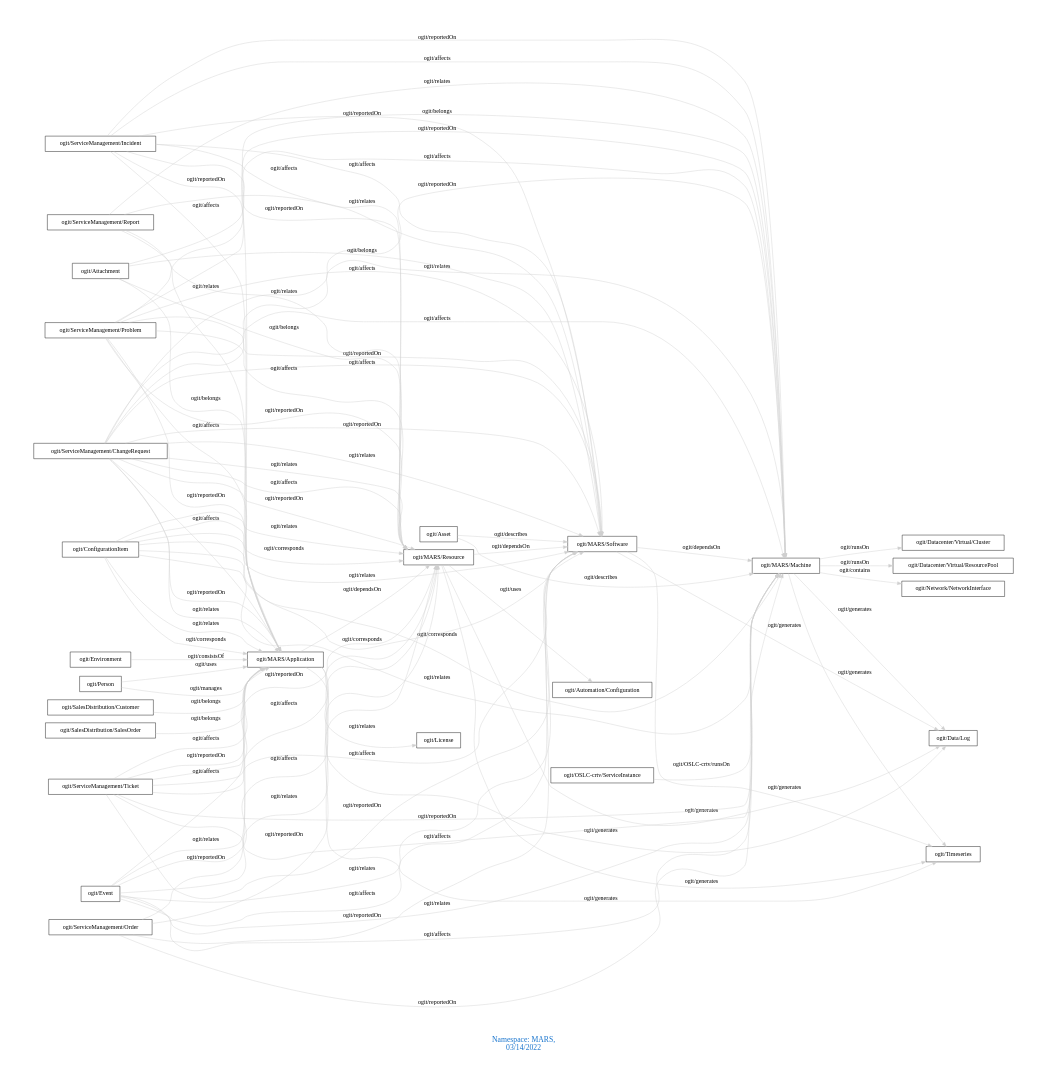
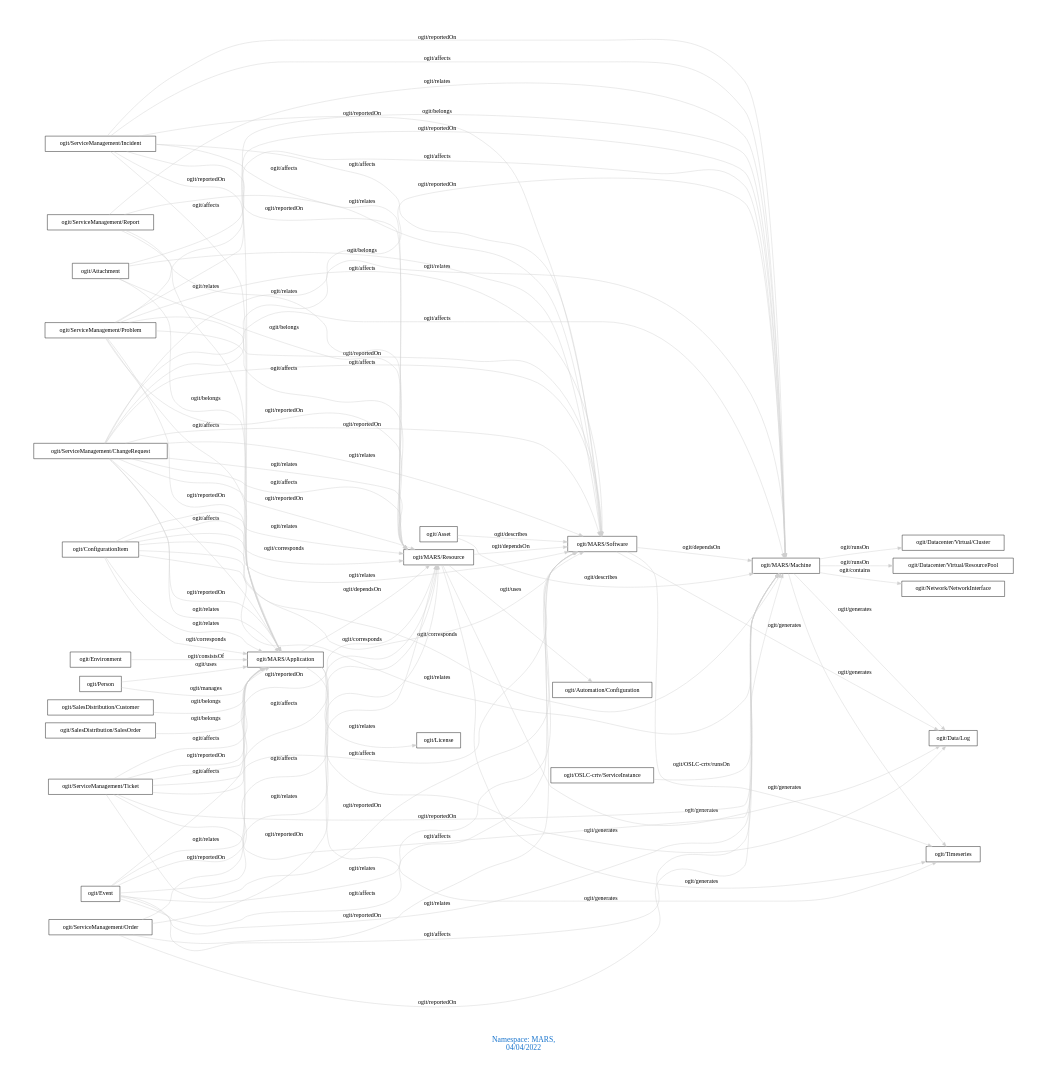
One commit to arago/OGIT changed the diagram in downloads/MARS.dot. Above: the diagram before and after it, drawn with Graphviz. The commit also changed 1906 other files, not shown here.

```diff
--- a/downloads/MARS.dot
+++ b/downloads/MARS.dot
@@ -1,96 +1,96 @@
 digraph OGIT_ontology {
  graph [ rankdir= LR,pad=1 
 fontsize = 18,
-fontcolor= dodgerblue3,label = "\n\n\nNamespace: MARS, \n 03/14/2022"];
+fontcolor= dodgerblue3,label = "\n\n\nNamespace: MARS, \n 04/04/2022"];
 node[shape=polygon];
 edge [  color="gray81"];
 
    "ogit/MARS/Machine" -> "ogit/Network/NetworkInterface" [label="   ogit/contains    "];
    "ogit/Person" -> "ogit/MARS/Application" [label="   ogit/manages    "];
    "ogit/MARS/Machine" -> "ogit/Datacenter/Virtual/Cluster" [label="   ogit/runsOn    "];
    "ogit/MARS/Machine" -> "ogit/Datacenter/Virtual/ResourcePool" [label="   ogit/runsOn    "];
    "ogit/MARS/Application" -> "ogit/Data/Log" [label="   ogit/generates    "];
    "ogit/MARS/Application" -> "ogit/Timeseries" [label="   ogit/generates    "];
    "ogit/MARS/Machine" -> "ogit/Data/Log" [label="   ogit/generates    "];
    "ogit/MARS/Machine" -> "ogit/Timeseries" [label="   ogit/generates    "];
    "ogit/MARS/Resource" -> "ogit/Data/Log" [label="   ogit/generates    "];
    "ogit/MARS/Resource" -> "ogit/Timeseries" [label="   ogit/generates    "];
    "ogit/MARS/Software" -> "ogit/Data/Log" [label="   ogit/generates    "];
    "ogit/MARS/Software" -> "ogit/Timeseries" [label="   ogit/generates    "];
    "ogit/Asset" -> "ogit/MARS/Software" [label="   ogit/describes    "];
    "ogit/Asset" -> "ogit/MARS/Machine" [label="   ogit/describes    "];
    "ogit/ConfigurationItem" -> "ogit/MARS/Application" [label="   ogit/corresponds    "];
    "ogit/ConfigurationItem" -> "ogit/MARS/Resource" [label="   ogit/corresponds    "];
    "ogit/ConfigurationItem" -> "ogit/MARS/Software" [label="   ogit/corresponds    "];
    "ogit/ConfigurationItem" -> "ogit/MARS/Machine" [label="   ogit/corresponds    "];
    "ogit/ServiceManagement/ChangeRequest" -> "ogit/MARS/Application" [label="   ogit/affects    "];
    "ogit/ServiceManagement/ChangeRequest" -> "ogit/MARS/Resource" [label="   ogit/affects    "];
    "ogit/ServiceManagement/ChangeRequest" -> "ogit/MARS/Software" [label="   ogit/affects    "];
    "ogit/ServiceManagement/ChangeRequest" -> "ogit/MARS/Machine" [label="   ogit/affects    "];
    "ogit/ServiceManagement/Incident" -> "ogit/MARS/Application" [label="   ogit/affects    "];
    "ogit/ServiceManagement/Incident" -> "ogit/MARS/Resource" [label="   ogit/affects    "];
    "ogit/ServiceManagement/Incident" -> "ogit/MARS/Software" [label="   ogit/affects    "];
    "ogit/ServiceManagement/Incident" -> "ogit/MARS/Machine" [label="   ogit/affects    "];
    "ogit/ServiceManagement/Problem" -> "ogit/MARS/Application" [label="   ogit/affects    "];
    "ogit/ServiceManagement/Problem" -> "ogit/MARS/Resource" [label="   ogit/affects    "];
    "ogit/ServiceManagement/Problem" -> "ogit/MARS/Software" [label="   ogit/affects    "];
    "ogit/ServiceManagement/Problem" -> "ogit/MARS/Machine" [label="   ogit/affects    "];
    "ogit/ServiceManagement/Ticket" -> "ogit/MARS/Application" [label="   ogit/affects    "];
    "ogit/ServiceManagement/Ticket" -> "ogit/MARS/Resource" [label="   ogit/affects    "];
    "ogit/ServiceManagement/Ticket" -> "ogit/MARS/Software" [label="   ogit/affects    "];
    "ogit/ServiceManagement/Ticket" -> "ogit/MARS/Machine" [label="   ogit/affects    "];
    "ogit/Event" -> "ogit/MARS/Application" [label="   ogit/affects    "];
    "ogit/Event" -> "ogit/MARS/Resource" [label="   ogit/affects    "];
    "ogit/Event" -> "ogit/MARS/Software" [label="   ogit/affects    "];
    "ogit/Event" -> "ogit/MARS/Machine" [label="   ogit/affects    "];
    "ogit/OSLC-crtv/ServiceInstance" -> "ogit/MARS/Machine" [label="   ogit/OSLC-crtv/runsOn    "];
    "ogit/MARS/Application" -> "ogit/MARS/Resource" [label="   ogit/dependsOn    "];
    "ogit/MARS/Resource" -> "ogit/MARS/Software" [label="   ogit/dependsOn    "];
    "ogit/MARS/Software" -> "ogit/MARS/Machine" [label="   ogit/dependsOn    "];
    "ogit/SalesDistribution/Customer" -> "ogit/MARS/Application" [label="   ogit/belongs    "];
    "ogit/SalesDistribution/SalesOrder" -> "ogit/MARS/Application" [label="   ogit/belongs    "];
    "ogit/Attachment" -> "ogit/MARS/Machine" [label="   ogit/belongs    "];
    "ogit/Attachment" -> "ogit/MARS/Software" [label="   ogit/belongs    "];
    "ogit/Attachment" -> "ogit/MARS/Resource" [label="   ogit/belongs    "];
    "ogit/Attachment" -> "ogit/MARS/Application" [label="   ogit/belongs    "];
    "ogit/MARS/Resource" -> "ogit/Automation/Configuration" [label="   ogit/uses    "];
    "ogit/Person" -> "ogit/MARS/Application" [label="   ogit/uses    "];
    "ogit/ServiceManagement/ChangeRequest" -> "ogit/MARS/Machine" [label="   ogit/reportedOn    "];
    "ogit/ServiceManagement/ChangeRequest" -> "ogit/MARS/Software" [label="   ogit/reportedOn    "];
    "ogit/ServiceManagement/ChangeRequest" -> "ogit/MARS/Resource" [label="   ogit/reportedOn    "];
    "ogit/ServiceManagement/ChangeRequest" -> "ogit/MARS/Application" [label="   ogit/reportedOn    "];
    "ogit/ServiceManagement/Incident" -> "ogit/MARS/Machine" [label="   ogit/reportedOn    "];
    "ogit/ServiceManagement/Incident" -> "ogit/MARS/Software" [label="   ogit/reportedOn    "];
    "ogit/ServiceManagement/Incident" -> "ogit/MARS/Resource" [label="   ogit/reportedOn    "];
    "ogit/ServiceManagement/Incident" -> "ogit/MARS/Application" [label="   ogit/reportedOn    "];
    "ogit/ServiceManagement/Order" -> "ogit/MARS/Machine" [label="   ogit/reportedOn    "];
    "ogit/ServiceManagement/Order" -> "ogit/MARS/Software" [label="   ogit/reportedOn    "];
    "ogit/ServiceManagement/Order" -> "ogit/MARS/Resource" [label="   ogit/reportedOn    "];
    "ogit/ServiceManagement/Order" -> "ogit/MARS/Application" [label="   ogit/reportedOn    "];
    "ogit/ServiceManagement/Problem" -> "ogit/MARS/Machine" [label="   ogit/reportedOn    "];
    "ogit/ServiceManagement/Problem" -> "ogit/MARS/Software" [label="   ogit/reportedOn    "];
    "ogit/ServiceManagement/Problem" -> "ogit/MARS/Resource" [label="   ogit/reportedOn    "];
    "ogit/ServiceManagement/Problem" -> "ogit/MARS/Application" [label="   ogit/reportedOn    "];
    "ogit/ServiceManagement/Ticket" -> "ogit/MARS/Machine" [label="   ogit/reportedOn    "];
    "ogit/ServiceManagement/Ticket" -> "ogit/MARS/Software" [label="   ogit/reportedOn    "];
    "ogit/ServiceManagement/Ticket" -> "ogit/MARS/Resource" [label="   ogit/reportedOn    "];
    "ogit/ServiceManagement/Ticket" -> "ogit/MARS/Application" [label="   ogit/reportedOn    "];
    "ogit/Environment" -> "ogit/MARS/Application" [label="   ogit/consistsOf    "];
    "ogit/MARS/Application" -> "ogit/License" [label="   ogit/relates    "];
    "ogit/ServiceManagement/ChangeRequest" -> "ogit/MARS/Machine" [label="   ogit/relates    "];
    "ogit/ServiceManagement/ChangeRequest" -> "ogit/MARS/Software" [label="   ogit/relates    "];
    "ogit/ServiceManagement/ChangeRequest" -> "ogit/MARS/Resource" [label="   ogit/relates    "];
    "ogit/ServiceManagement/ChangeRequest" -> "ogit/MARS/Application" [label="   ogit/relates    "];
    "ogit/ServiceManagement/Report" -> "ogit/MARS/Machine" [label="   ogit/relates    "];
    "ogit/ServiceManagement/Report" -> "ogit/MARS/Software" [label="   ogit/relates    "];
    "ogit/ServiceManagement/Report" -> "ogit/MARS/Resource" [label="   ogit/relates    "];
    "ogit/ServiceManagement/Report" -> "ogit/MARS/Application" [label="   ogit/relates    "];
    "ogit/ConfigurationItem" -> "ogit/MARS/Machine" [label="   ogit/relates    "];
    "ogit/ConfigurationItem" -> "ogit/MARS/Software" [label="   ogit/relates    "];
    "ogit/ConfigurationItem" -> "ogit/MARS/Resource" [label="   ogit/relates    "];
    "ogit/ConfigurationItem" -> "ogit/MARS/Application" [label="   ogit/relates    "];
    "ogit/Event" -> "ogit/MARS/Machine" [label="   ogit/relates    "];
    "ogit/Event" -> "ogit/MARS/Software" [label="   ogit/relates    "];
    "ogit/Event" -> "ogit/MARS/Resource" [label="   ogit/relates    "];
    "ogit/Event" -> "ogit/MARS/Application" [label="   ogit/relates    "];
 }
```
